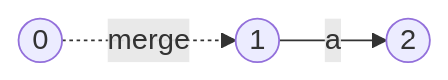
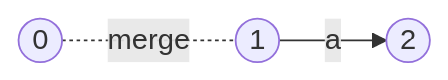
One commit to LeweyM/LeweyM.github.io changed the fifth of 11 diagrams in personal-site/content/posts/6-Pretty-Vizualizations.md. Above: the diagram before and after it, drawn with Mermaid. The commit also changed other lines of this file and 2 other files, not shown here.

````diff
--- a/personal-site/content/posts/6-Pretty-Vizualizations.md
+++ b/personal-site/content/posts/6-Pretty-Vizualizations.md
@@ -465,5 +469,5 @@
 ```mermaid
 graph LR
-0((0)) -."merge".->1((0))
+0((0)) -."merge".-1((0))
 1((1)) --"a"--> 2((2))
 ```
````
